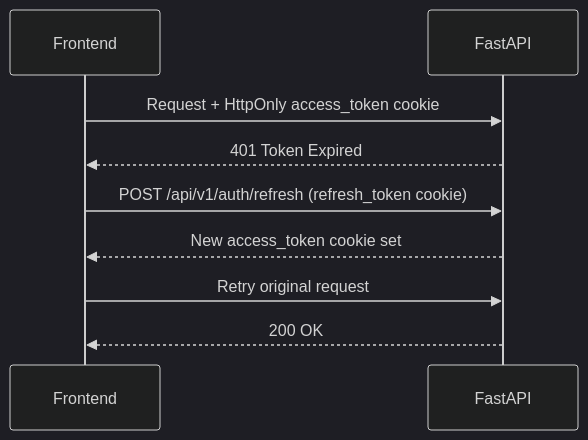
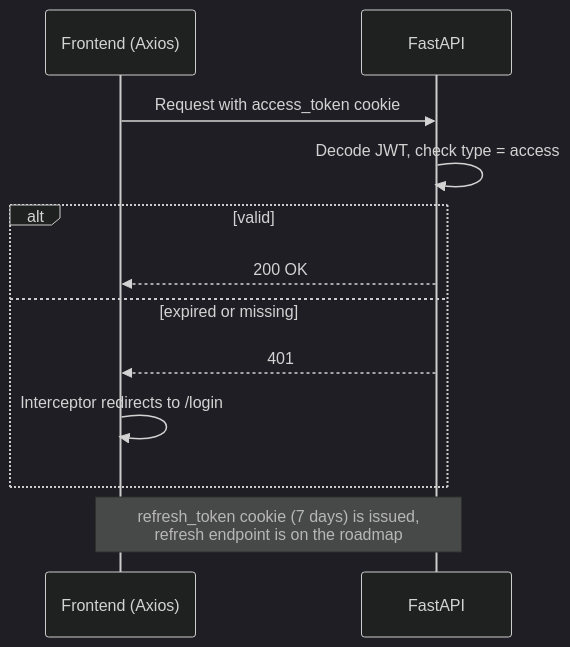
Before and after one commit to snsyaqirah/snsyaqirah.github.io: the seventh of 17 diagrams in portfolio-react/public/docs/planluhh.md, drawn with Mermaid (dark theme). The commit also changed other lines of this file and 101 other files, not shown here.

````diff
--- a/portfolio-react/public/docs/planluhh.md
+++ b/portfolio-react/public/docs/planluhh.md
@@ -230,12 +246,15 @@
 ```mermaid
 sequenceDiagram
-    participant FE as Frontend
+    participant FE as Frontend (Axios)
     participant API as FastAPI
 
-    FE->>API: Request + HttpOnly access_token cookie
-    API-->>FE: 401 Token Expired
-    FE->>API: POST /api/v1/auth/refresh (refresh_token cookie)
-    API-->>FE: New access_token cookie set
-    FE->>API: Retry original request
-    API-->>FE: 200 OK
+    FE->>API: Request with access_token cookie
+    API->>API: Decode JWT, check type = access
+    alt valid
+        API-->>FE: 200 OK
+    else expired or missing
+        API-->>FE: 401
+        FE->>FE: Interceptor redirects to /login
+    end
+    Note over FE,API: refresh_token cookie (7 days) is issued,<br/>refresh endpoint is on the roadmap
 ```
````
